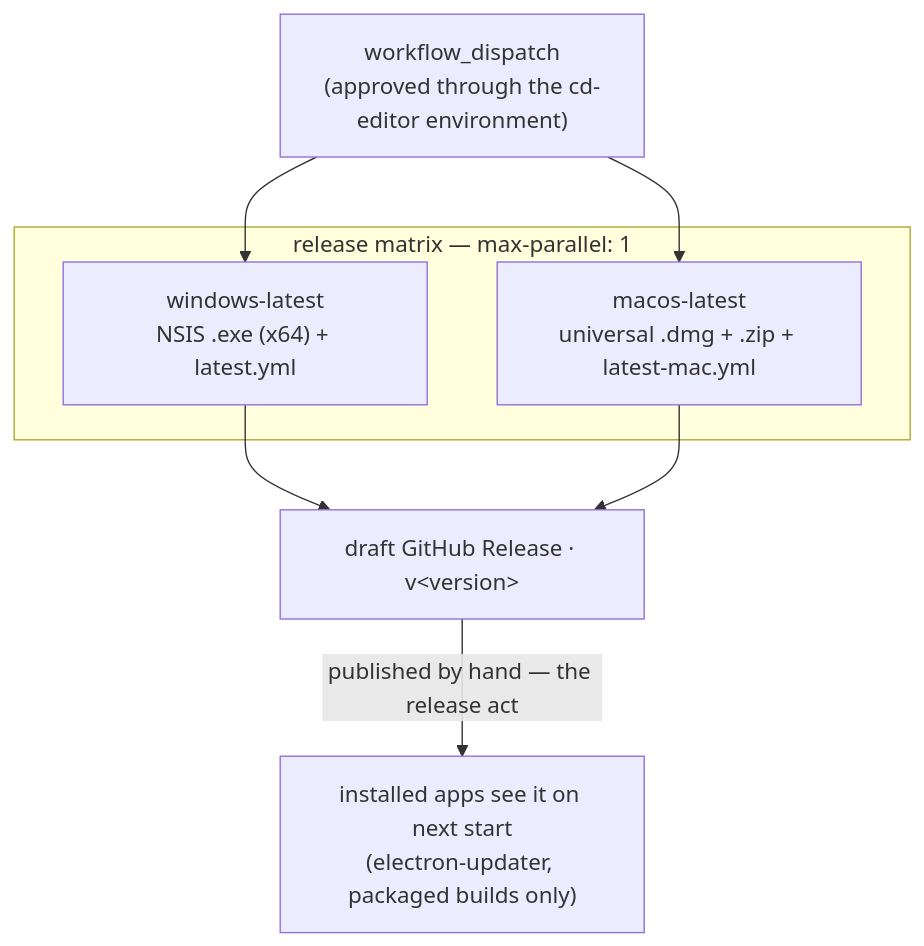
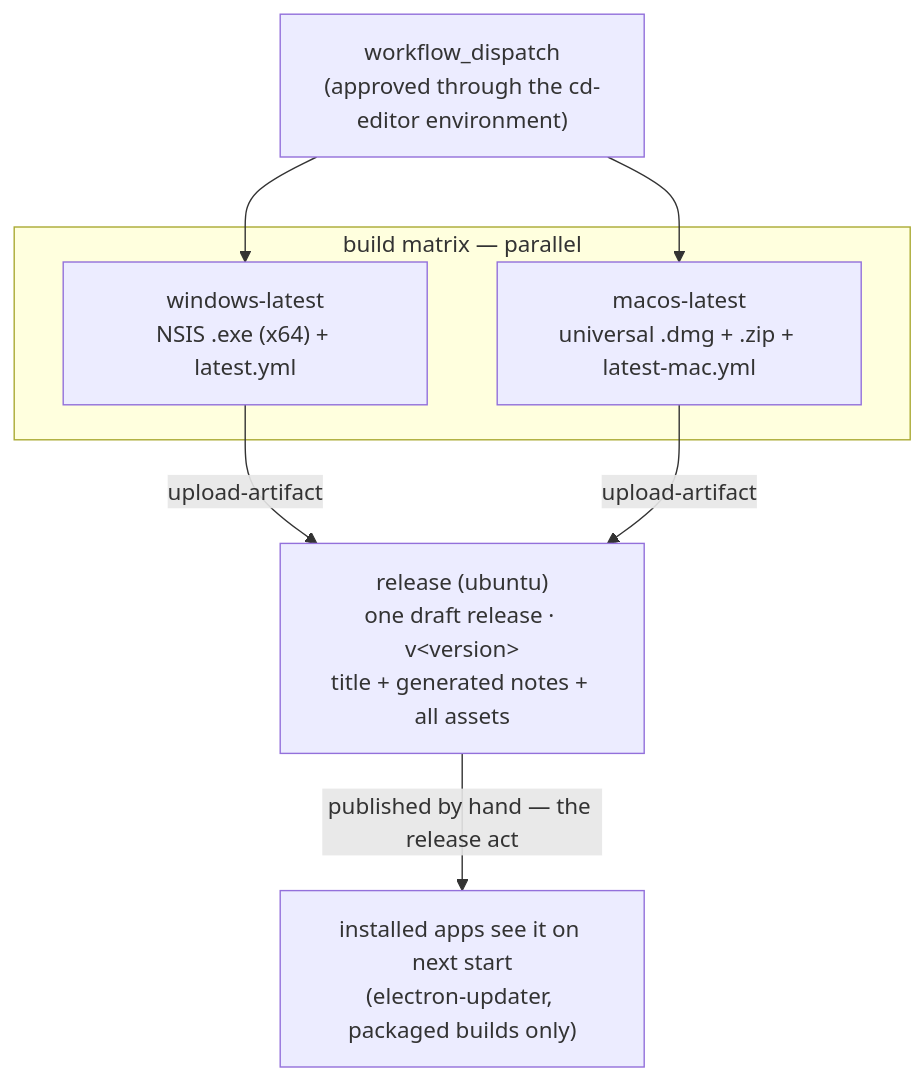
Before and after one commit to soroush-tech/core: the diagram in .github/workflows/cd-editor.md, drawn with Mermaid. The commit also changed other lines of this file and 7 other files, not shown here.

First line of the commit message:
feat(editor): add the app icon and assemble one titled draft release in CD - close #332

````diff
--- a/.github/workflows/cd-editor.md
+++ b/.github/workflows/cd-editor.md
@@ -23,14 +24,14 @@
 ```mermaid
 flowchart TD
     trig["workflow_dispatch<br/>(approved through the cd-editor environment)"] --> win
     trig --> mac
 
-    subgraph release ["release matrix — max-parallel: 1"]
+    subgraph build ["build matrix — parallel"]
         win["windows-latest<br/>NSIS .exe (x64) + latest.yml"]
         mac["macos-latest<br/>universal .dmg + .zip + latest-mac.yml"]
     end
 
-    win --> draft["draft GitHub Release · v&lt;version&gt;"]
-    mac --> draft
-    draft -->|"published by hand — the release act"| users["installed apps see it on next start<br/>(electron-updater, packaged builds only)"]
+    win -->|"upload-artifact"| rel["release (ubuntu)<br/>one draft release · v&lt;version&gt;<br/>title + generated notes + all assets"]
+    mac -->|"upload-artifact"| rel
+    rel -->|"published by hand — the release act"| users["installed apps see it on next start<br/>(electron-updater, packaged builds only)"]
 ```
````
